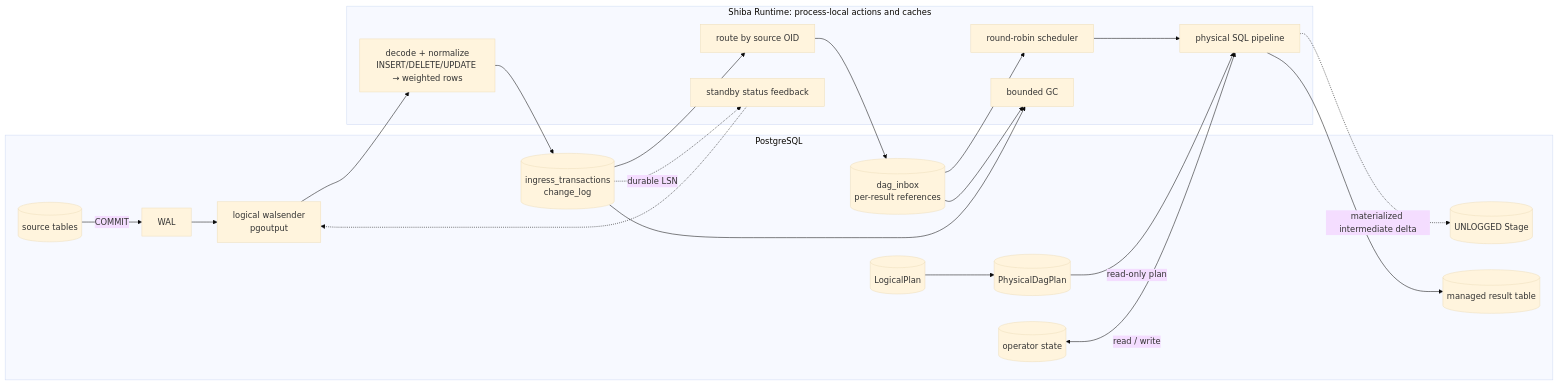
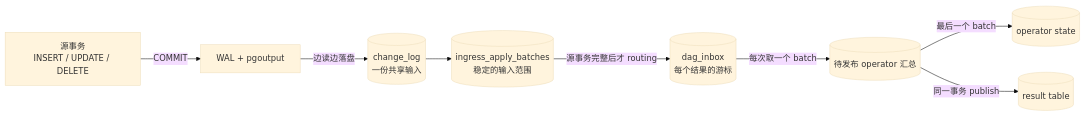
The first of 2 diagrams in docs/ARCHITECTURE.md (frelion/shiba), drawn with Mermaid (base theme) before and after one commit. The commit also changed other lines of this file and 17 other files, not shown here.

Commit message:
refactor: apply source commits in durable batches

````diff
--- a/docs/ARCHITECTURE.md
+++ b/docs/ARCHITECTURE.md
@@ -20,42 +8,19 @@
 ```mermaid
 flowchart LR
-    subgraph PG["PostgreSQL"]
-        SOURCE[("source tables")]
-        WAL["WAL"]
-        WS["logical walsender<br/>pgoutput"]
-        INGRESS[("ingress_transactions<br/>change_log")]
-        INBOX[("dag_inbox<br/>per-result references")]
-        LOGICAL[("LogicalPlan")]
-        PHYSICAL[("PhysicalDagPlan")]
-        STATE[("operator state")]
-        STAGE[("UNLOGGED Stage")]
-        RESULT[("managed result table")]
-    end
+    A["源事务<br/>INSERT / UPDATE / DELETE"]
+    B["WAL + pgoutput"]
+    C[("change_log<br/>一份共享输入")]
+    D[("ingress_apply_batches<br/>稳定的输入范围")]
+    E[("dag_inbox<br/>每个结果的游标")]
+    F[("待发布 operator 汇总")]
+    G[("operator state")]
+    H[("result table")]
 
-    subgraph RT["Shiba Runtime: process-local actions and caches"]
-        DECODE["decode + normalize<br/>INSERT/DELETE/UPDATE → weighted rows"]
-        ROUTE["route by source OID"]
-        SCHEDULE["round-robin scheduler"]
-        EXECUTE["physical SQL pipeline"]
-        GC["bounded GC"]
-        FEEDBACK["standby status feedback"]
-    end
-
-    SOURCE -->|"COMMIT"| WAL
-    WAL --> WS
-    WS --> DECODE
-    DECODE --> INGRESS
-    INGRESS --> ROUTE
-    ROUTE --> INBOX
-    INBOX --> SCHEDULE
-    SCHEDULE --> EXECUTE
-    PHYSICAL -->|"read-only plan"| EXECUTE
-    STATE <-->|"read / write"| EXECUTE
-    EXECUTE --> RESULT
-    EXECUTE -. "materialized intermediate delta" .-> STAGE
-    INGRESS -. "durable LSN" .-> FEEDBACK
-    FEEDBACK -.-> WS
-    INBOX --> GC
-    INGRESS --> GC
-    LOGICAL --> PHYSICAL
+    A -->|"COMMIT"| B
+    B -->|"边读边落盘"| C
+    C --> D
+    D -->|"源事务完整后才 routing"| E
+    E -->|"每次取一个 batch"| F
+    F -->|"最后一个 batch"| G
+    F -->|"同一事务 publish"| H
 ```
````
